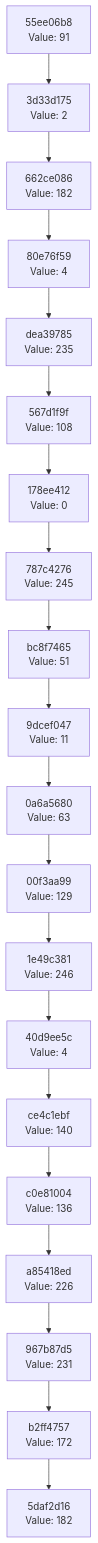
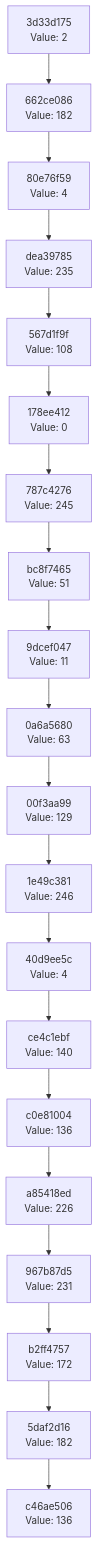
Before and after one commit to Abhisheksinha1506/hash-chain-evolver: the diagram in docs/CHAIN_VISUALIZATION.md, drawn with Mermaid. The commit also changed 3 other files, not shown here.

````diff
--- a/docs/CHAIN_VISUALIZATION.md
+++ b/docs/CHAIN_VISUALIZATION.md
@@ -3,42 +3,42 @@
 ```mermaid
 graph TD
-    C0["5daf2d16<br/>Value: 182"]
-    C1["b2ff4757<br/>Value: 172"]
+    C0["c46ae506<br/>Value: 136"]
+    C1["5daf2d16<br/>Value: 182"]
     C1 --> C0
-    C2["967b87d5<br/>Value: 231"]
+    C2["b2ff4757<br/>Value: 172"]
     C2 --> C1
-    C3["a85418ed<br/>Value: 226"]
+    C3["967b87d5<br/>Value: 231"]
     C3 --> C2
-    C4["c0e81004<br/>Value: 136"]
+    C4["a85418ed<br/>Value: 226"]
     C4 --> C3
-    C5["ce4c1ebf<br/>Value: 140"]
+    C5["c0e81004<br/>Value: 136"]
     C5 --> C4
-    C6["40d9ee5c<br/>Value: 4"]
+    C6["ce4c1ebf<br/>Value: 140"]
     C6 --> C5
-    C7["1e49c381<br/>Value: 246"]
+    C7["40d9ee5c<br/>Value: 4"]
     C7 --> C6
-    C8["00f3aa99<br/>Value: 129"]
+    C8["1e49c381<br/>Value: 246"]
     C8 --> C7
-    C9["0a6a5680<br/>Value: 63"]
+    C9["00f3aa99<br/>Value: 129"]
     C9 --> C8
-    C10["9dcef047<br/>Value: 11"]
+    C10["0a6a5680<br/>Value: 63"]
     C10 --> C9
-    C11["bc8f7465<br/>Value: 51"]
+    C11["9dcef047<br/>Value: 11"]
     C11 --> C10
-    C12["787c4276<br/>Value: 245"]
+    C12["bc8f7465<br/>Value: 51"]
     C12 --> C11
-    C13["178ee412<br/>Value: 0"]
+    C13["787c4276<br/>Value: 245"]
     C13 --> C12
-    C14["567d1f9f<br/>Value: 108"]
+    C14["178ee412<br/>Value: 0"]
     C14 --> C13
-    C15["dea39785<br/>Value: 235"]
+    C15["567d1f9f<br/>Value: 108"]
     C15 --> C14
-    C16["80e76f59<br/>Value: 4"]
+    C16["dea39785<br/>Value: 235"]
     C16 --> C15
-    C17["662ce086<br/>Value: 182"]
+    C17["80e76f59<br/>Value: 4"]
     C17 --> C16
-    C18["3d33d175<br/>Value: 2"]
+    C18["662ce086<br/>Value: 182"]
     C18 --> C17
-    C19["55ee06b8<br/>Value: 91"]
+    C19["3d33d175<br/>Value: 2"]
     C19 --> C18
 ```
````
